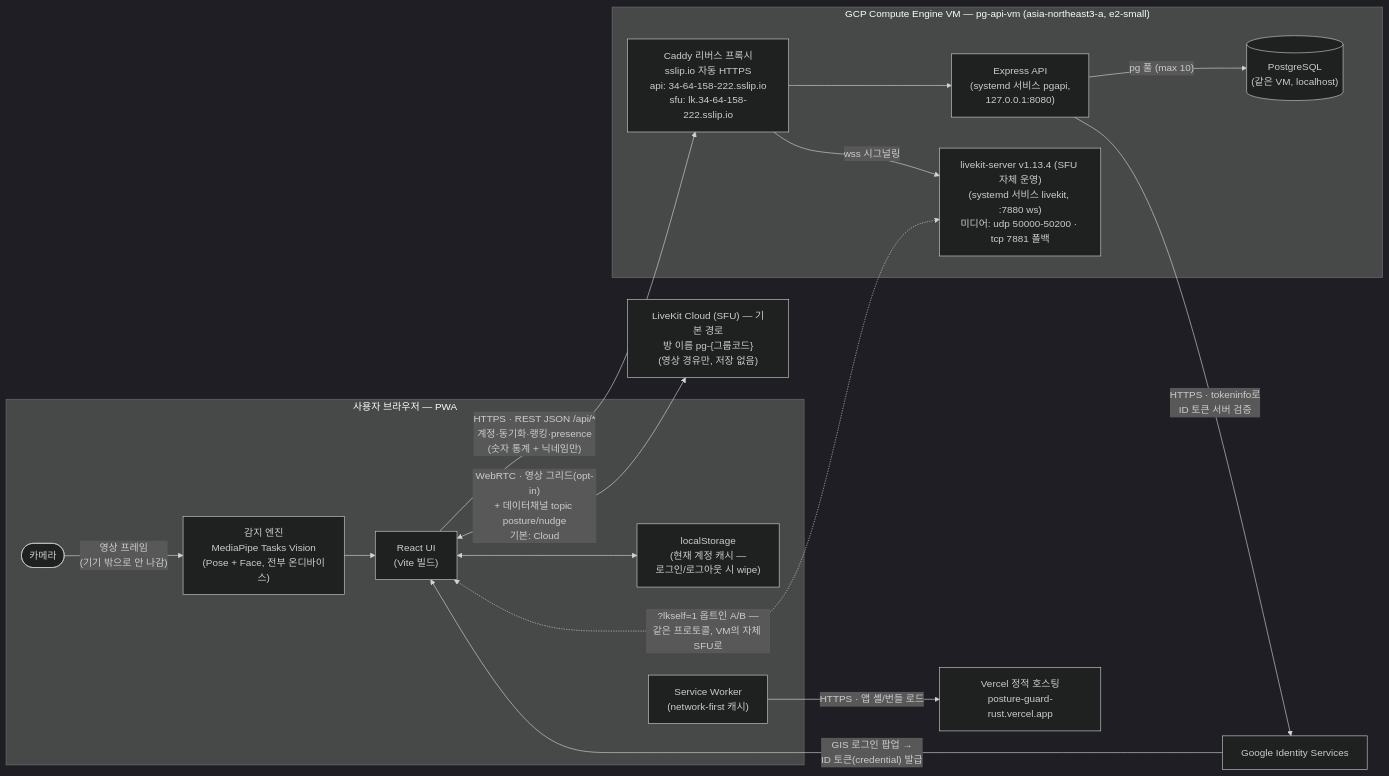
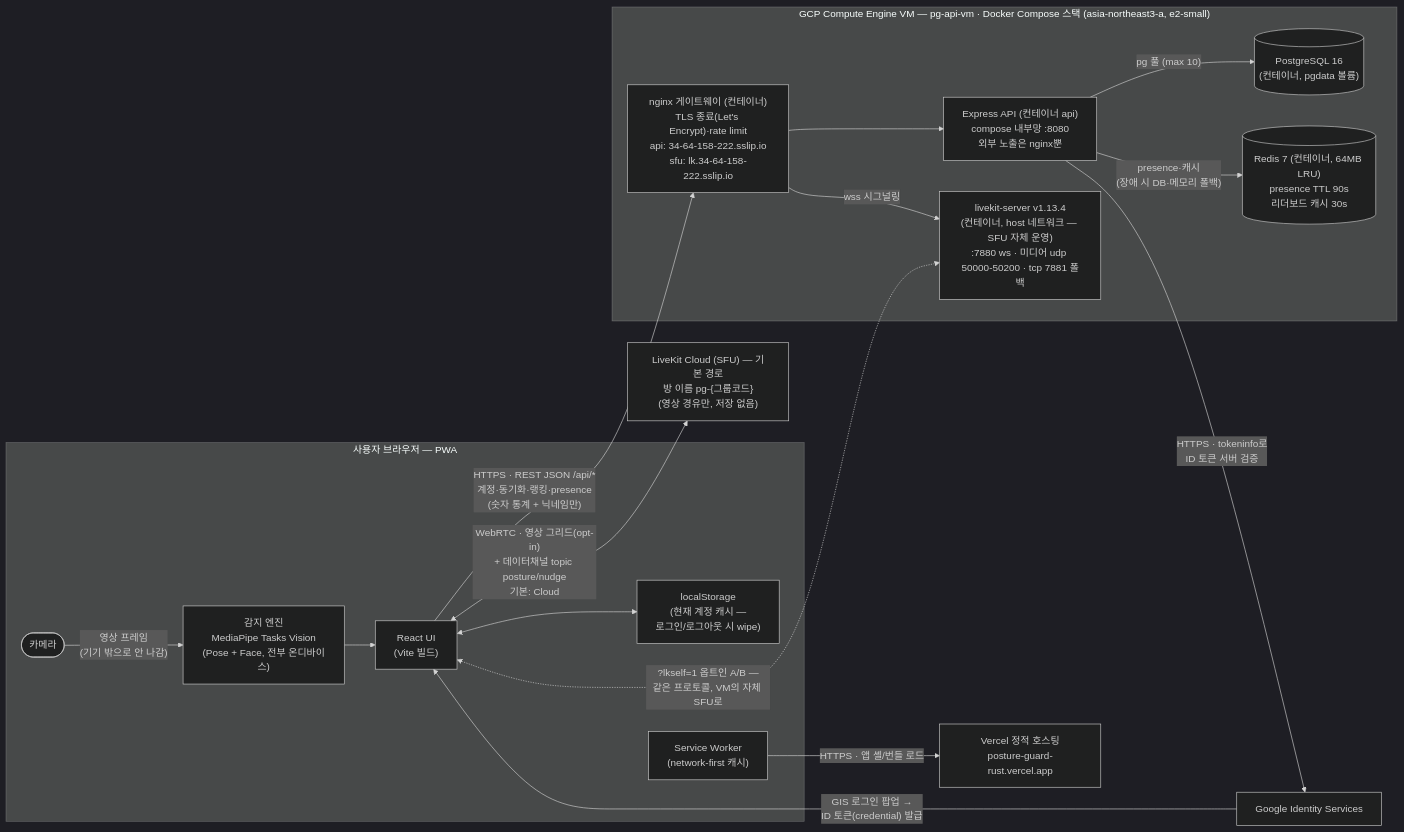
Before and after one commit to jungwon123/posture-guard: the first of 4 diagrams in docs/시스템-아키텍처.md, drawn with Mermaid (dark theme). The commit also changed other lines of this file and 11 other files, not shown here.

First line of the commit message:
infra: VM 도커 컷오버 완료 — nginx TLS 게이트웨이 + Redis 캐시 운영 전환, 문서 반영

````diff
--- a/docs/시스템-아키텍처.md
+++ b/docs/시스템-아키텍처.md
@@ -11,36 +11,38 @@
 ```mermaid
 flowchart LR
   subgraph CLIENT["사용자 브라우저 — PWA"]
     UI["React UI<br/>(Vite 빌드)"]
     ENGINE["감지 엔진<br/>MediaPipe Tasks Vision<br/>(Pose + Face, 전부 온디바이스)"]
     LS["localStorage<br/>(현재 계정 캐시 —<br/>로그인/로그아웃 시 wipe)"]
     SW["Service Worker<br/>(network-first 캐시)"]
     CAM(["카메라"])
     CAM -- "영상 프레임<br/>(기기 밖으로 안 나감)" --> ENGINE
     ENGINE --> UI
     UI <--> LS
   end
 
   VERCEL["Vercel 정적 호스팅<br/>posture-guard-rust.vercel.app"]
   SW -- "HTTPS · 앱 셸/번들 로드" --> VERCEL
 
-  subgraph GCP["GCP Compute Engine VM — pg-api-vm (asia-northeast3-a, e2-small)"]
-    CADDY["Caddy 리버스 프록시<br/>sslip.io 자동 HTTPS<br/>api: 34-64-158-222.sslip.io<br/>sfu: lk.34-64-158-222.sslip.io"]
-    API["Express API<br/>(systemd 서비스 pgapi,<br/>127.0.0.1:8080)"]
-    DB[("PostgreSQL<br/>(같은 VM, localhost)")]
-    LKS["livekit-server v1.13.4 (SFU 자체 운영)<br/>(systemd 서비스 livekit, :7880 ws)<br/>미디어: udp 50000-50200 · tcp 7881 폴백"]
-    CADDY --> API
-    CADDY -- "wss 시그널링" --> LKS
+  subgraph GCP["GCP Compute Engine VM — pg-api-vm · Docker Compose 스택 (asia-northeast3-a, e2-small)"]
+    NGINX["nginx 게이트웨이 (컨테이너)<br/>TLS 종료(Let's Encrypt)·rate limit<br/>api: 34-64-158-222.sslip.io<br/>sfu: lk.34-64-158-222.sslip.io"]
+    API["Express API (컨테이너 api)<br/>compose 내부망 :8080<br/>외부 노출은 nginx뿐"]
+    DB[("PostgreSQL 16<br/>(컨테이너, pgdata 볼륨)")]
+    REDIS[("Redis 7 (컨테이너, 64MB LRU)<br/>presence TTL 90s<br/>리더보드 캐시 30s")]
+    LKS["livekit-server v1.13.4<br/>(컨테이너, host 네트워크 — SFU 자체 운영)<br/>:7880 ws · 미디어 udp 50000-50200 · tcp 7881 폴백"]
+    NGINX --> API
+    NGINX -- "wss 시그널링" --> LKS
     API -- "pg 풀 (max 10)" --> DB
+    API -- "presence·캐시<br/>(장애 시 DB·메모리 폴백)" --> REDIS
   end
 
-  UI -- "HTTPS · REST JSON /api/*<br/>계정·동기화·랭킹·presence<br/>(숫자 통계 + 닉네임만)" --> CADDY
+  UI -- "HTTPS · REST JSON /api/*<br/>계정·동기화·랭킹·presence<br/>(숫자 통계 + 닉네임만)" --> NGINX
 
   LK["LiveKit Cloud (SFU) — 기본 경로<br/>방 이름 pg-{그룹코드}<br/>(영상 경유만, 저장 없음)"]
   UI <-->|"WebRTC · 영상 그리드(opt-in)<br/>+ 데이터채널 topic posture/nudge<br/>기본: Cloud"| LK
   UI <-.->|"?lkself=1 옵트인 A/B —<br/>같은 프로토콜, VM의 자체 SFU로"| LKS
 
   GOOGLE["Google Identity Services"]
   GOOGLE -- "GIS 로그인 팝업 →<br/>ID 토큰(credential) 발급" --> UI
   API -- "HTTPS · tokeninfo로<br/>ID 토큰 서버 검증" --> GOOGLE
 ```
````
